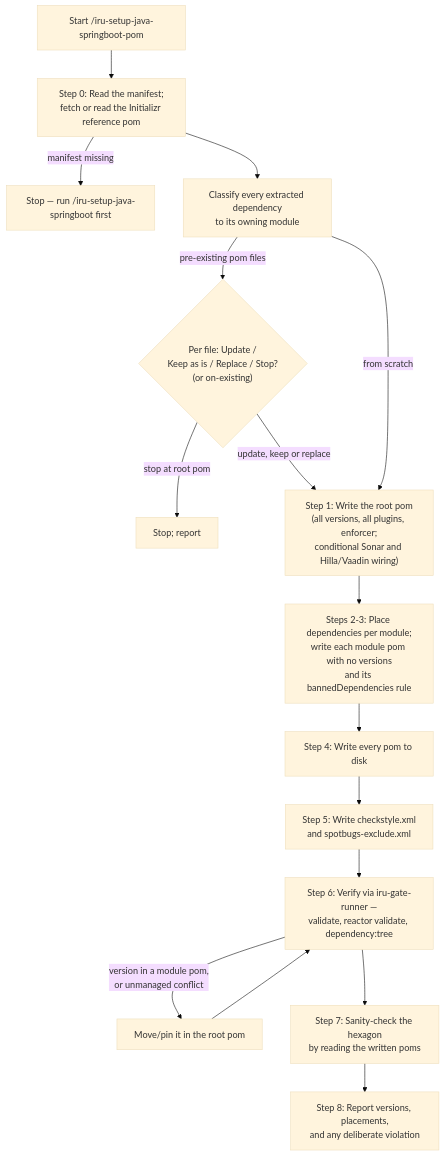
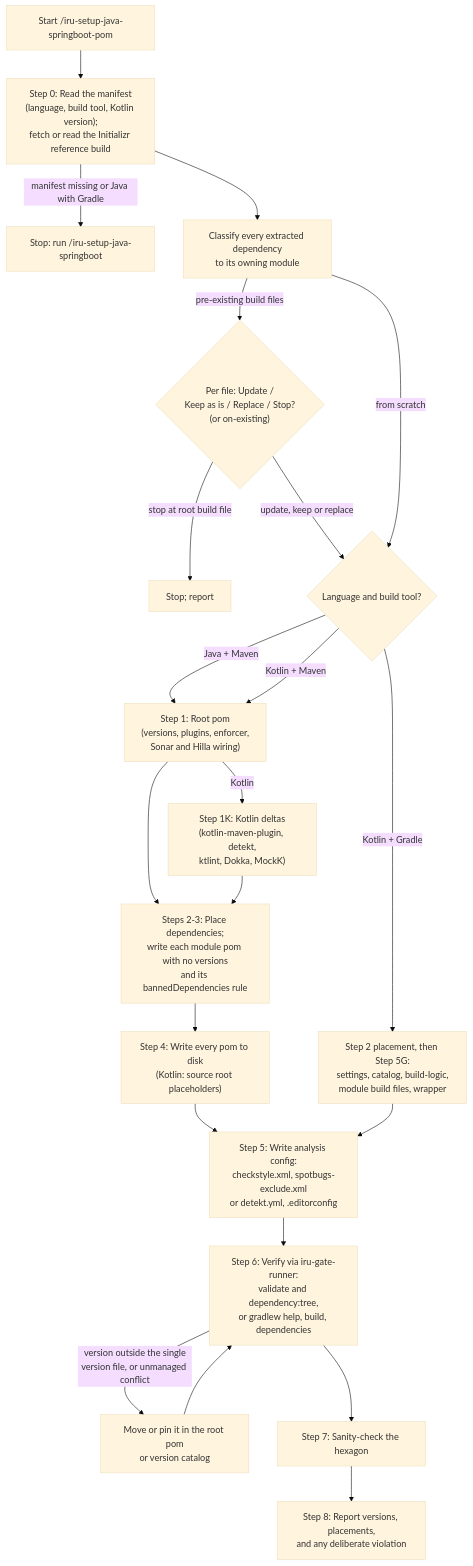
Before and after one commit to albertoirurueta/ai-catalog: the diagram in docs/modules/ROOT/pages/skills/iru-setup-java-springboot-pom.adoc, drawn with Mermaid (base theme). The commit also changed other lines of this file and 234 other files, not shown here.

```diff
--- a/docs/modules/ROOT/pages/skills/iru-setup-java-springboot-pom.adoc
+++ b/docs/modules/ROOT/pages/skills/iru-setup-java-springboot-pom.adoc
@@ -126,19 +174,25 @@
 [mermaid]
 ....
 flowchart TD
-    A["Start /iru-setup-java-springboot-pom"] --> B["Step 0: Read the manifest;\nfetch or read the Initializr reference pom"]
-    B -- manifest missing --> STOP["Stop — run /iru-setup-java-springboot first"]
+    A["Start /iru-setup-java-springboot-pom"] --> B["Step 0: Read the manifest\n(language, build tool, Kotlin version);\nfetch or read the Initializr reference build"]
+    B -- manifest missing or Java with Gradle --> STOP["Stop: run /iru-setup-java-springboot"]
     B --> C["Classify every extracted dependency\nto its owning module"]
-    C -- pre-existing pom files --> D{"Per file: Update /\nKeep as is / Replace / Stop?\n(or on-existing)"}
-    D -- stop at root pom --> STOP2[Stop; report]
-    D -- update, keep or replace --> E
-    C -- from scratch --> E["Step 1: Write the root pom\n(all versions, all plugins, enforcer;\nconditional Sonar and Hilla/Vaadin wiring)"]
-    E --> F["Steps 2-3: Place dependencies per module;\nwrite each module pom with no versions\nand its bannedDependencies rule"]
-    F --> G["Step 4: Write every pom to disk"]
-    G --> H["Step 5: Write checkstyle.xml\nand spotbugs-exclude.xml"]
-    H --> I["Step 6: Verify via iru-gate-runner —\nvalidate, reactor validate, dependency:tree"]
-    I -->|"version in a module pom,\nor unmanaged conflict"| J["Move/pin it in the root pom"]
+    C -- pre-existing build files --> D{"Per file: Update /\nKeep as is / Replace / Stop?\n(or on-existing)"}
+    D -- stop at root build file --> STOP2["Stop; report"]
+    D -- update, keep or replace --> T
+    C -- from scratch --> T{"Language and build tool?"}
+    T -- "Java + Maven" --> E["Step 1: Root pom\n(versions, plugins, enforcer,\nSonar and Hilla wiring)"]
+    T -- "Kotlin + Maven" --> E
+    E -- Kotlin --> EK["Step 1K: Kotlin deltas\n(kotlin-maven-plugin, detekt,\nktlint, Dokka, MockK)"]
+    E --> F["Steps 2-3: Place dependencies;\nwrite each module pom with no versions\nand its bannedDependencies rule"]
+    EK --> F
+    F --> G["Step 4: Write every pom to disk\n(Kotlin: source root placeholders)"]
+    G --> H["Step 5: Write analysis config:\ncheckstyle.xml, spotbugs-exclude.xml\nor detekt.yml, .editorconfig"]
+    T -- "Kotlin + Gradle" --> GR["Step 2 placement, then Step 5G:\nsettings, catalog, build-logic,\nmodule build files, wrapper"]
+    GR --> H
+    H --> I["Step 6: Verify via iru-gate-runner:\nvalidate and dependency:tree,\nor gradlew help, build, dependencies"]
+    I -->|"version outside the single\nversion file, or unmanaged conflict"| J["Move or pin it in the root pom\nor version catalog"]
     J --> I
-    I --> K["Step 7: Sanity-check the hexagon\nby reading the written poms"]
+    I --> K["Step 7: Sanity-check the hexagon"]
     K --> L["Step 8: Report versions, placements,\nand any deliberate violation"]
 ....
```
